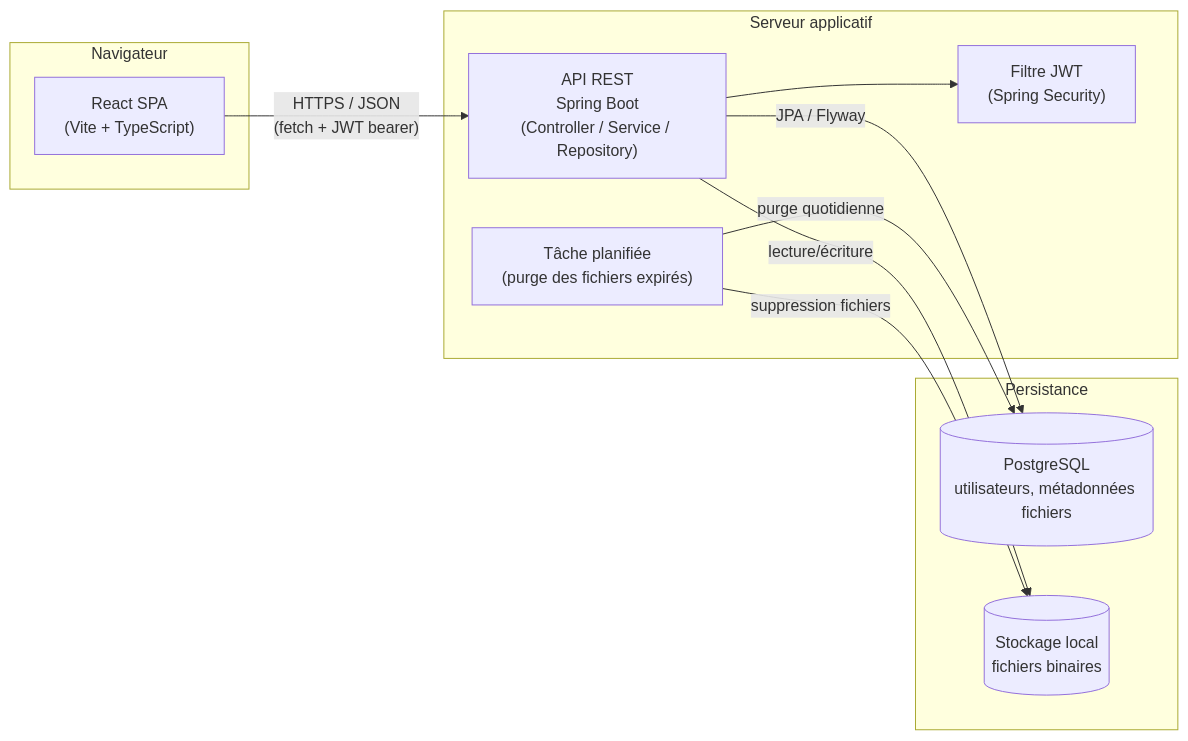
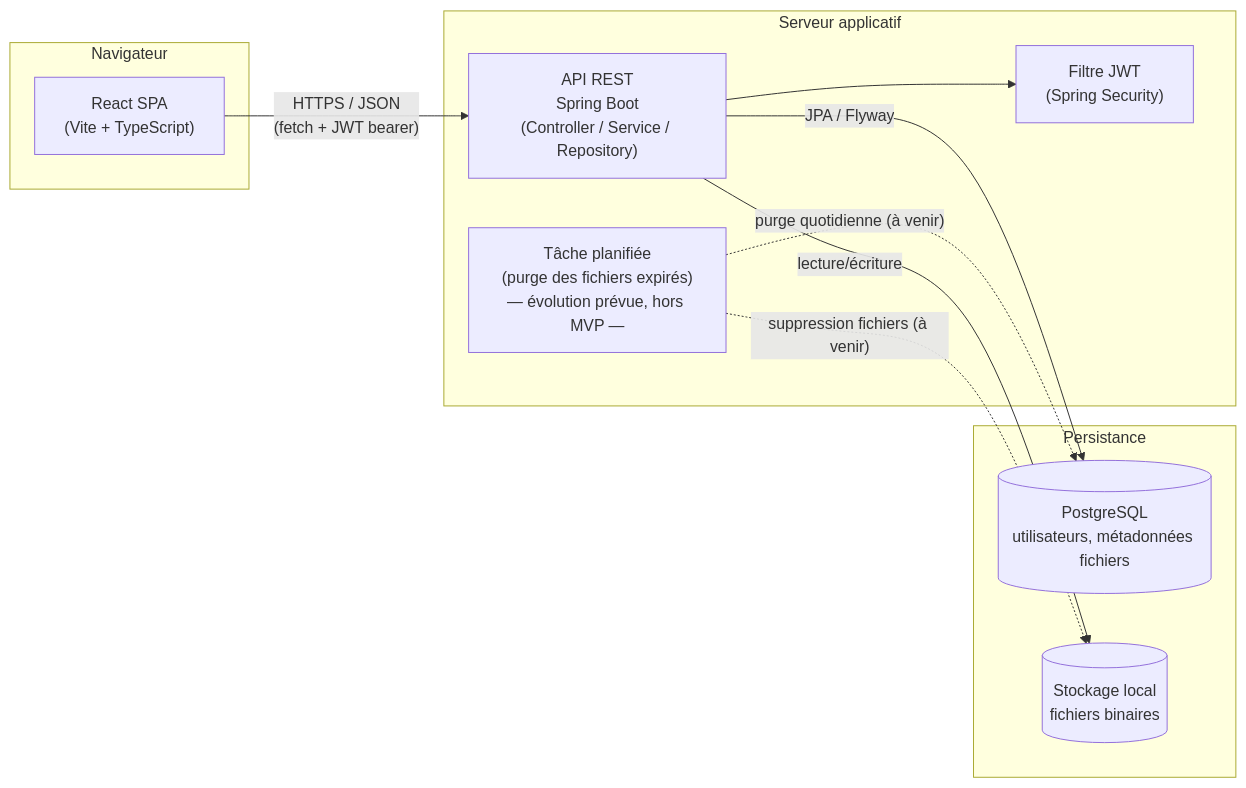
One commit to carolefournymanassevitz-ops/projet_4 changed the diagram in g.docs/ARCHITECTURE.md. Above: the diagram before and after it, drawn with Mermaid. The commit also changed other lines of this file and 16 other files, not shown here.

````diff
--- a/g.docs/ARCHITECTURE.md
+++ b/g.docs/ARCHITECTURE.md
@@ -9,24 +9,24 @@
 ```mermaid
 flowchart LR
     subgraph Client["Navigateur"]
         SPA["React SPA\n(Vite + TypeScript)"]
     end
 
     subgraph Server["Serveur applicatif"]
         API["API REST\nSpring Boot\n(Controller / Service / Repository)"]
         AUTH["Filtre JWT\n(Spring Security)"]
-        SCHED["Tâche planifiée\n(purge des fichiers expirés)"]
+        SCHED["Tâche planifiée\n(purge des fichiers expirés)\n— évolution prévue, hors MVP —"]
     end
 
     subgraph Data["Persistance"]
         DB[("PostgreSQL\nutilisateurs, métadonnées fichiers")]
         FS[("Stockage local\nfichiers binaires")]
     end
 
     SPA -- "HTTPS / JSON\n(fetch + JWT bearer)" --> API
     API --> AUTH
     API -- "JPA / Flyway" --> DB
     API -- "lecture/écriture" --> FS
-    SCHED -- "purge quotidienne" --> DB
-    SCHED -- "suppression fichiers" --> FS
+    SCHED -. "purge quotidienne (à venir)" .-> DB
+    SCHED -. "suppression fichiers (à venir)" .-> FS
 ```
````
